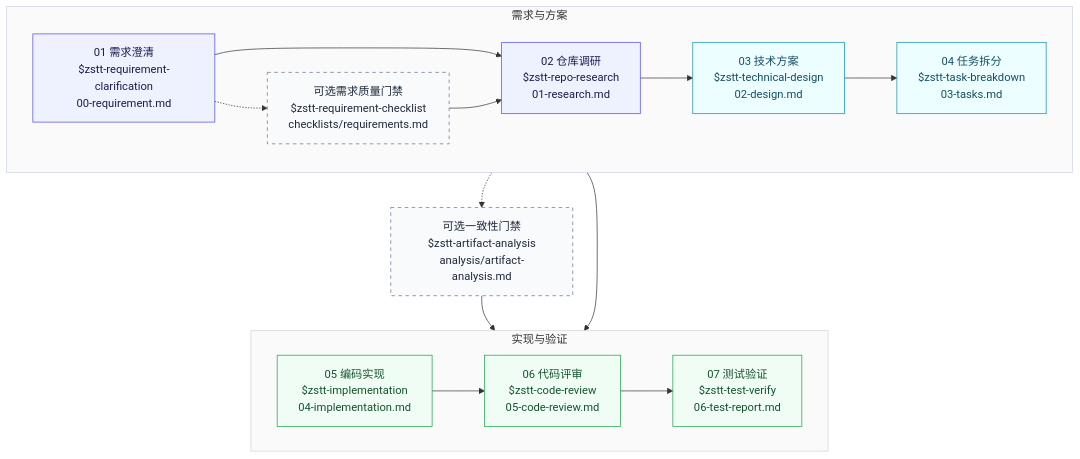
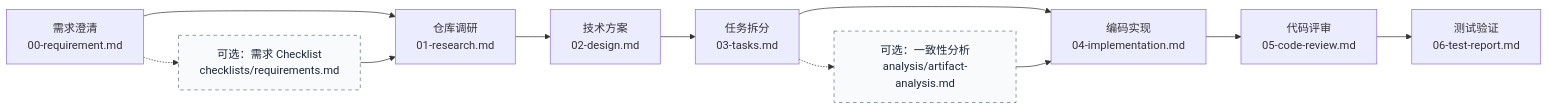
Before and after one commit to Foutlook/zstt-backend-workflow: the first of 2 diagrams in README.md, drawn with Mermaid. The commit also changed other lines of this file and 1 other file, not shown here.

````diff
--- a/README.md
+++ b/README.md
@@ -30,30 +91,16 @@
 ```mermaid
-flowchart TB
-    subgraph ANALYSIS["需求与方案"]
-        direction LR
-        RQ["01 需求澄清<br/>$zstt-requirement-clarification<br/>00-requirement.md"] --> RS["02 仓库调研<br/>$zstt-repo-research<br/>01-research.md"]
-        RQ -.-> RQC["可选需求质量门禁<br/>$zstt-requirement-checklist<br/>checklists/requirements.md"]
-        RQC --> RS
-        RS --> DS["03 技术方案<br/>$zstt-technical-design<br/>02-design.md"] --> TB["04 任务拆分<br/>$zstt-task-breakdown<br/>03-tasks.md"]
-    end
+flowchart LR
+    RQ["需求澄清<br/>00-requirement.md"] --> RS["仓库调研<br/>01-research.md"]
+    RQ -.-> RC["可选：需求 Checklist<br/>checklists/requirements.md"]
+    RC --> RS
+    RS --> DS["技术方案<br/>02-design.md"]
+    DS --> TB["任务拆分<br/>03-tasks.md"]
+    TB --> IM["编码实现<br/>04-implementation.md"]
+    TB -.-> AA["可选：一致性分析<br/>analysis/artifact-analysis.md"]
+    AA --> IM
+    IM --> CR["代码评审<br/>05-code-review.md"]
+    CR --> TV["测试验证<br/>06-test-report.md"]
 
-    subgraph DELIVERY["实现与验证"]
-        direction LR
-        IM["05 编码实现<br/>$zstt-implementation<br/>04-implementation.md"] --> CR["06 代码评审<br/>$zstt-code-review<br/>05-code-review.md"] --> TV["07 测试验证<br/>$zstt-test-verify<br/>06-test-report.md"]
-    end
-
-    TB --> IM
-    TB -.-> AA["可选一致性门禁<br/>$zstt-artifact-analysis<br/>analysis/artifact-analysis.md"]
-    AA --> IM
-
-    classDef discovery fill:#eef2ff,stroke:#4f46e5,color:#1e1b4b
-    classDef design fill:#ecfeff,stroke:#0891b2,color:#164e63
-    classDef delivery fill:#f0fdf4,stroke:#16a34a,color:#14532d
     classDef gate fill:#f8fafc,stroke:#64748b,color:#1e293b,stroke-dasharray:5 5
-    class RQ,RS discovery
-    class DS,TB design
-    class IM,CR,TV delivery
-    class RQC,AA gate
-    style ANALYSIS fill:#fafafa,stroke:#cbd5e1
-    style DELIVERY fill:#fafafa,stroke:#cbd5e1
+    class RC,AA gate
 ```
````
